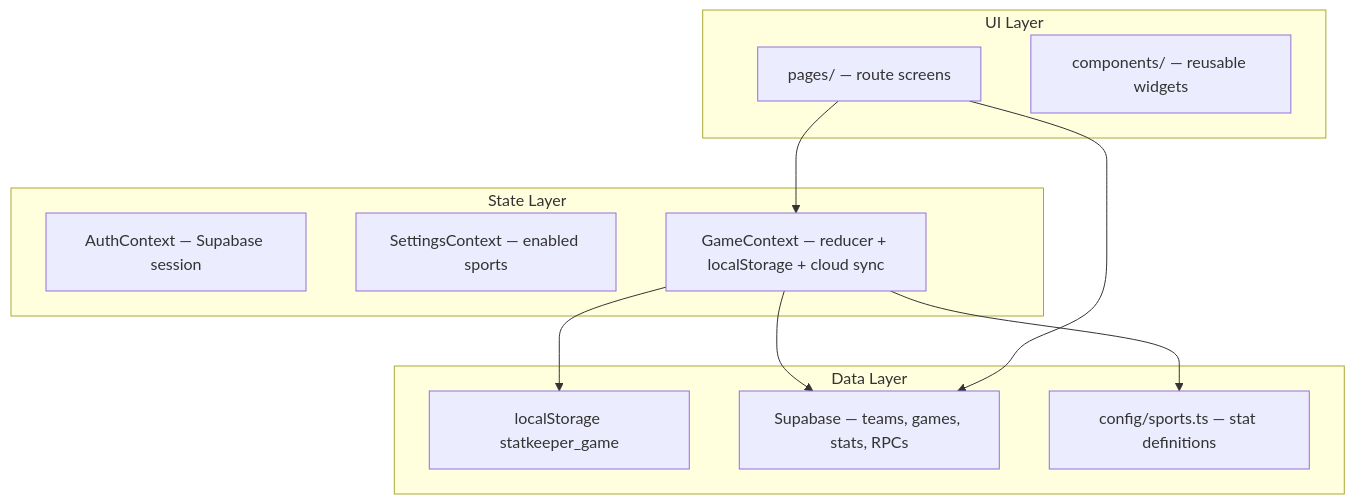
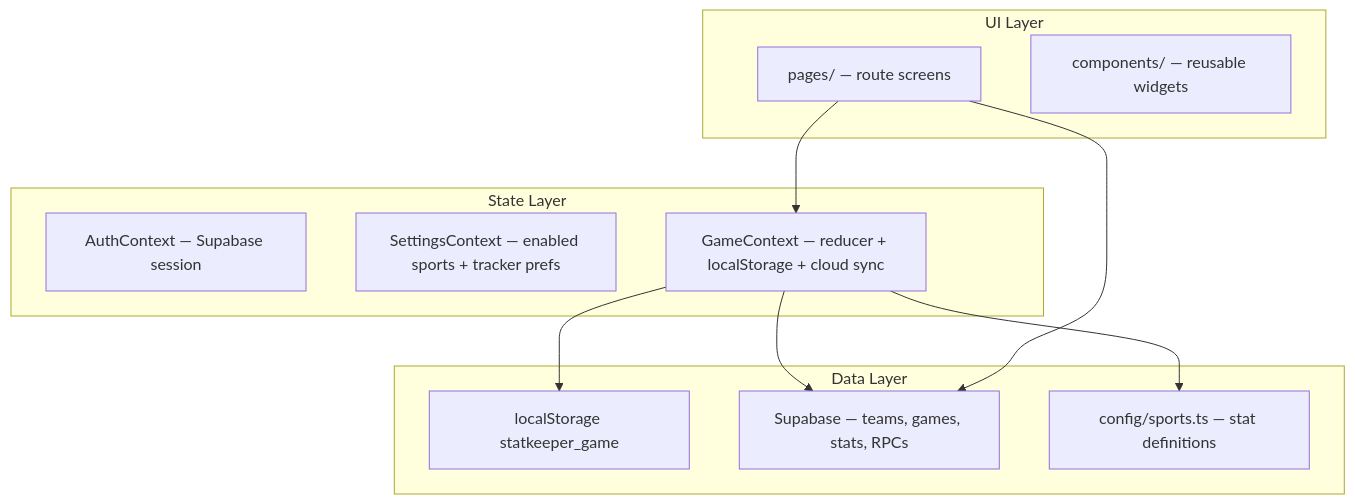
Before and after one commit to Rothermal/cursor-default: the first of 2 diagrams in docs/AGENT_CODEBASE_OVERVIEW.md, drawn with Mermaid. The commit also changed other lines of this file and 12 other files, not shown here.

````diff
--- a/docs/AGENT_CODEBASE_OVERVIEW.md
+++ b/docs/AGENT_CODEBASE_OVERVIEW.md
@@ -21,22 +21,22 @@
 ```mermaid
 flowchart TB
   subgraph ui [UI Layer]
     Pages["pages/ — route screens"]
     Components["components/ — reusable widgets"]
   end
   subgraph state [State Layer]
     AuthCtx["AuthContext — Supabase session"]
-    SettingsCtx["SettingsContext — enabled sports"]
+    SettingsCtx["SettingsContext — enabled sports + tracker prefs"]
     GameCtx["GameContext — reducer + localStorage + cloud sync"]
   end
   subgraph data [Data Layer]
     Local["localStorage statkeeper_game"]
     Supa["Supabase — teams, games, stats, RPCs"]
     Config["config/sports.ts — stat definitions"]
   end
   Pages --> GameCtx
   GameCtx --> Local
   GameCtx --> Supa
   Pages --> Supa
   GameCtx --> Config
 ```
````
